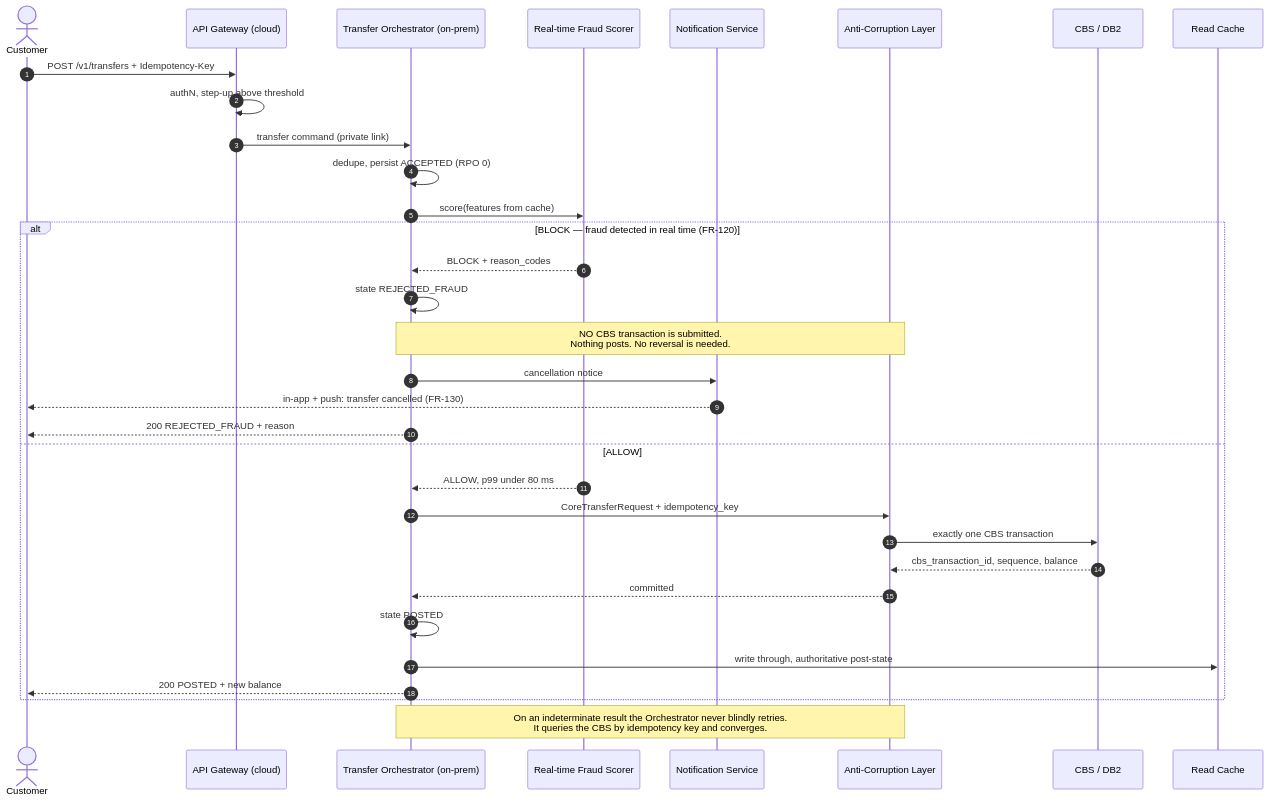
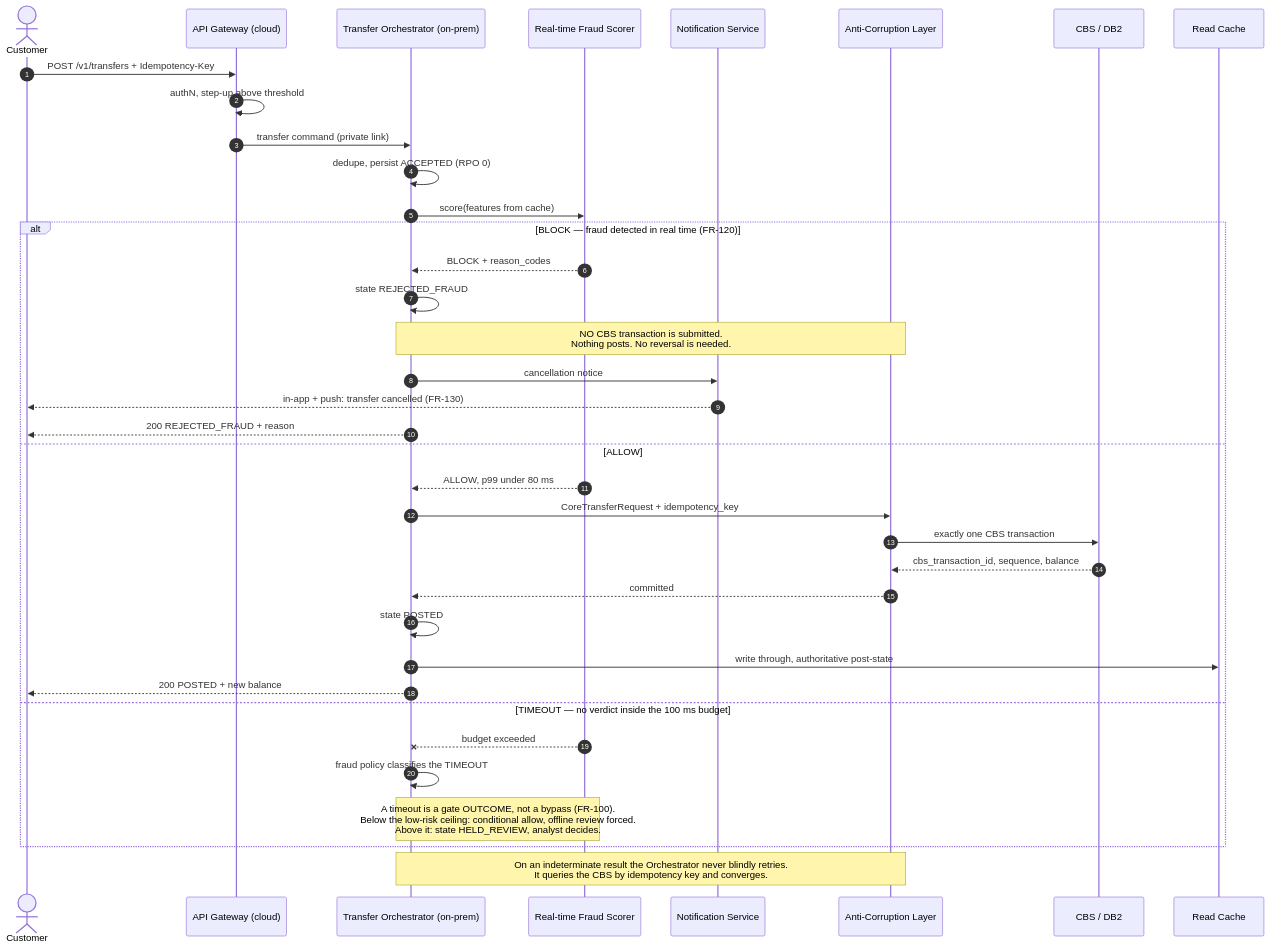
One commit to sunnydubey1111/neobank-digital-leap changed the ninth of 15 diagrams in docs/solution/diagrams.md. Above: the diagram before and after it, drawn with Mermaid. The commit also changed other lines of this file and 2 other files, not shown here.

````diff
--- a/docs/solution/diagrams.md
+++ b/docs/solution/diagrams.md
@@ -472,38 +472,42 @@
 ```mermaid
 sequenceDiagram
     autonumber
     actor C as Customer
     participant GW as API Gateway (cloud)
     participant O as Transfer Orchestrator (on-prem)
     participant F as Real-time Fraud Scorer
     participant N as Notification Service
     participant ACL as Anti-Corruption Layer
     participant CBS as CBS / DB2
     participant $ as Read Cache
 
     C->>GW: POST /v1/transfers + Idempotency-Key
     GW->>GW: authN, step-up above threshold
     GW->>O: transfer command (private link)
     O->>O: dedupe, persist ACCEPTED (RPO 0)
     O->>F: score(features from cache)
 
     alt BLOCK — fraud detected in real time (FR-120)
         F-->>O: BLOCK + reason_codes
         O->>O: state REJECTED_FRAUD
         Note over O,ACL: NO CBS transaction is submitted.<br/>Nothing posts. No reversal is needed.
         O->>N: cancellation notice
         N-->>C: in-app + push: transfer cancelled (FR-130)
         O-->>C: 200 REJECTED_FRAUD + reason
     else ALLOW
         F-->>O: ALLOW, p99 under 80 ms
         O->>ACL: CoreTransferRequest + idempotency_key
         ACL->>CBS: exactly one CBS transaction
         CBS-->>ACL: cbs_transaction_id, sequence, balance
         ACL-->>O: committed
         O->>O: state POSTED
         O->>$: write through, authoritative post-state
         O-->>C: 200 POSTED + new balance
+    else TIMEOUT — no verdict inside the 100 ms budget
+        F--xO: budget exceeded
+        O->>O: fraud policy classifies the TIMEOUT
+        Note over O,F: A timeout is a gate OUTCOME, not a bypass (FR-100).<br/>Below the low-risk ceiling: conditional allow, offline review forced.<br/>Above it: state HELD_REVIEW, analyst decides.
     end
 
     Note over O,ACL: On an indeterminate result the Orchestrator never blindly retries.<br/>It queries the CBS by idempotency key and converges.
 ```
````
